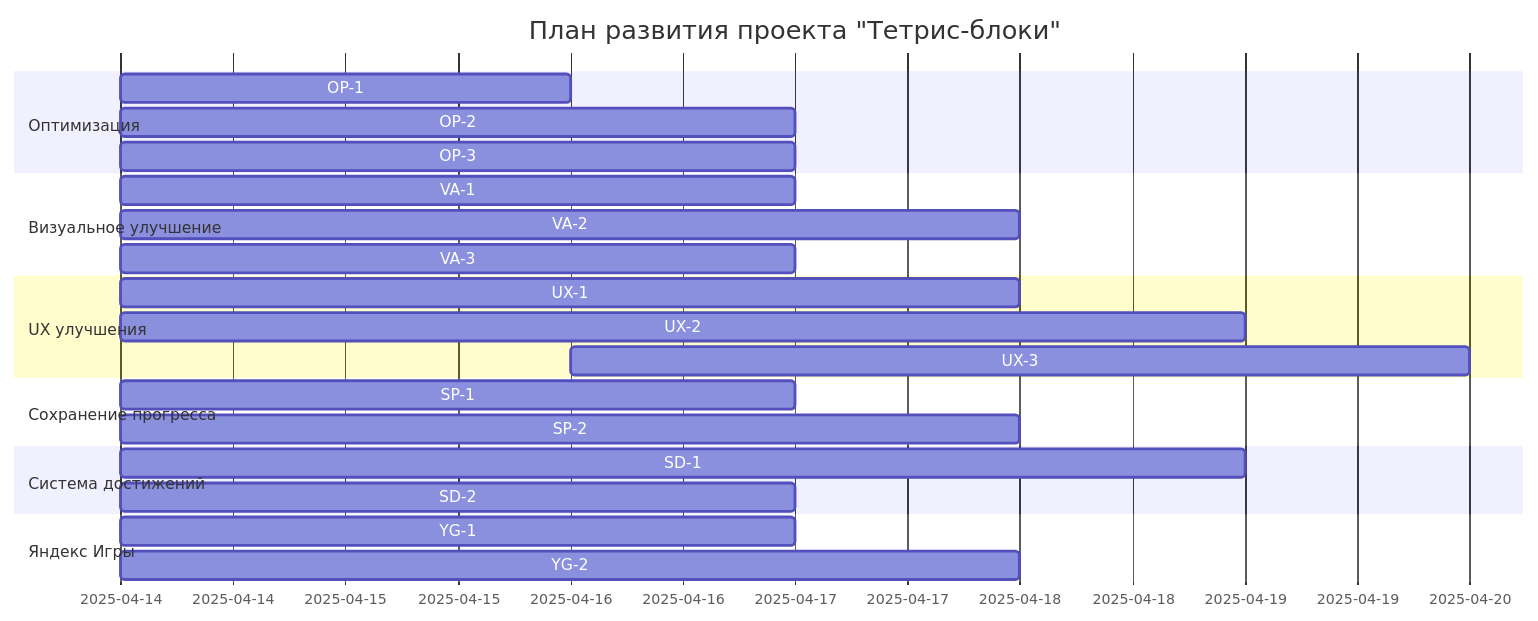
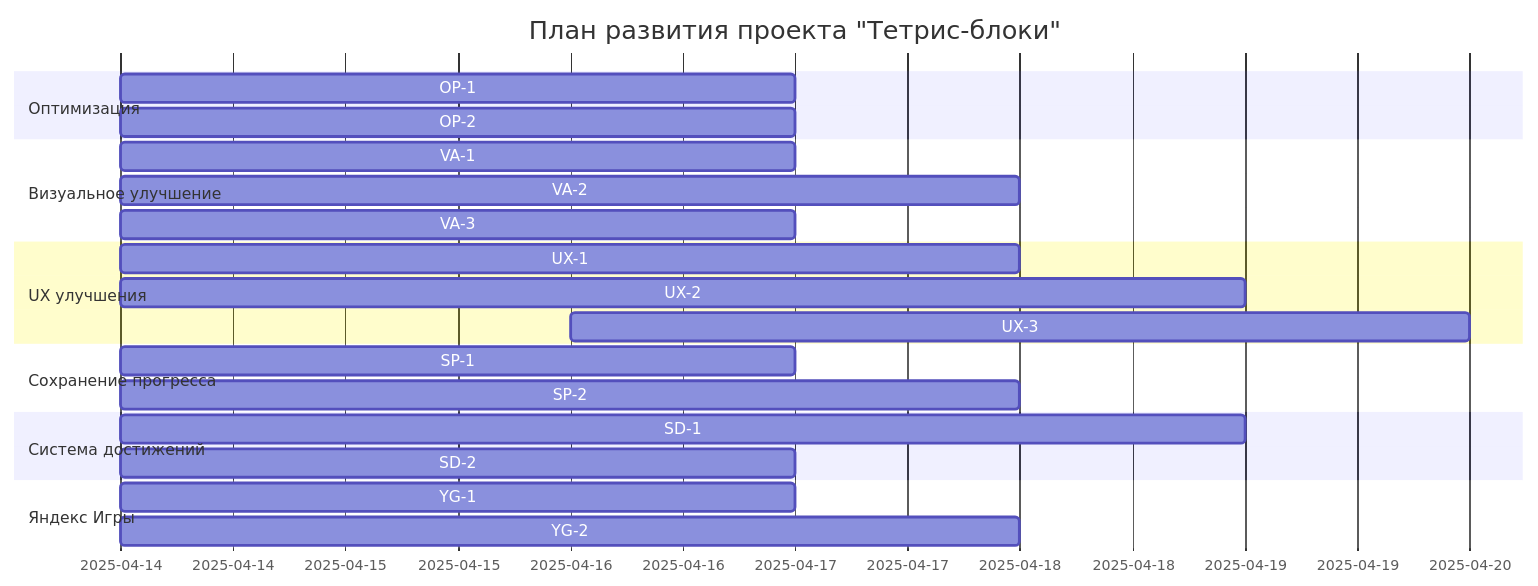
The diagram in next-steps.md (GRAF231/tetris-react), drawn with Mermaid before and after one commit. The commit also changed other lines of this file and 9 other files, not shown here.

````diff
--- a/next-steps.md
+++ b/next-steps.md
@@ -352,31 +332,30 @@
 ```mermaid
 gantt
     title План развития проекта "Тетрис-блоки"
     dateFormat  YYYY-MM-DD
     section Оптимизация
-    OP-1: Профилирование производительности    :a1, 2025-04-14, 2d
-    OP-2: Оптимизация ререндеров               :a2, after a1, 3d
-    OP-3: Улучшение алгоритма очистки линий    :a3, after a2, 3d
+    OP-1: Оптимизация ререндеров               :a1, 2025-04-14, 3d
+    OP-2: Улучшение алгоритма очистки линий    :a2, after a1, 3d
     
     section Визуальное улучшение
-    VA-1: Анимации размещения фигур            :b1, after a1, 3d
+    VA-1: Анимации размещения фигур            :b1, 2025-04-14, 3d
     VA-2: Анимации очистки линий               :b2, after b1, 4d
     VA-3: Анимации начисления очков            :b3, after b2, 3d
     
     section UX улучшения
-    UX-1: Звуковые эффекты                     :c1, after a3, 4d
+    UX-1: Звуковые эффекты                     :c1, after a2, 4d
     UX-2: Расширение туториала                 :c2, after c1, 5d
     UX-3: Улучшение визуального стиля          :c3, 2025-04-16, 4d
     
     section Сохранение прогресса
     SP-1: Сохранение рекордов                  :d1, after c1, 3d
     SP-2: Сохранение состояния игры            :d2, after d1, 4d
     
     section Система достижений
     SD-1: Базовая система достижений           :e1, after d2, 5d
     SD-2: Уведомления о достижениях            :e2, after e1, 3d
     
     section Яндекс Игры
     YG-1: Исследование требований              :f1, after e2, 3d
     YG-2: Подготовка структуры                 :f2, after f1, 4d
 ```
````
